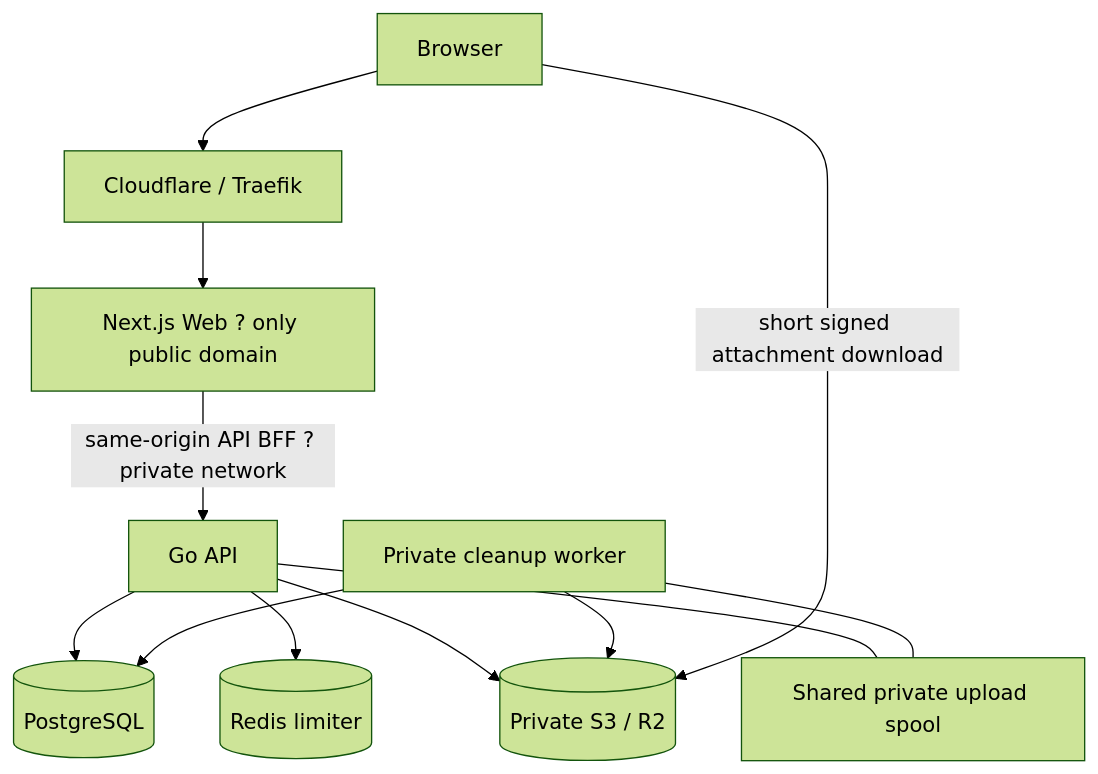
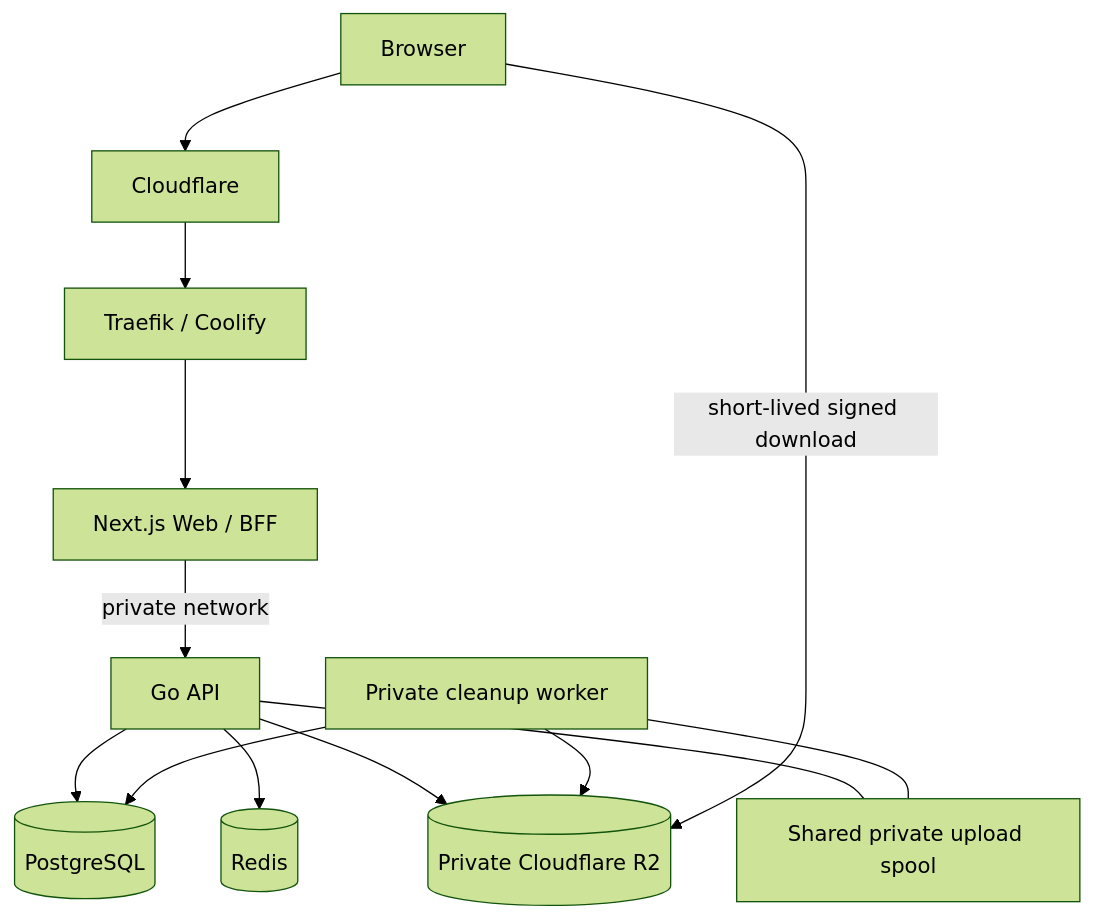
The diagram in README.md (patinen/secureshare), drawn with Mermaid (forest theme) before and after one commit. The commit also changed other lines of this file and 2 other files, not shown here.

````diff
--- a/README.md
+++ b/README.md
@@ -26,14 +27,15 @@
 ```mermaid
 flowchart TD
-    Browser --> Edge[Cloudflare / Traefik]
-    Edge --> Web[Next.js Web ? only public domain]
-    Web -->|same-origin API BFF ? private network| API[Go API]
+    Browser[Browser] --> CF[Cloudflare]
+    CF --> Edge[Traefik / Coolify]
+    Edge --> Web[Next.js Web / BFF]
+    Web -->|private network| API[Go API]
     API --> PG[(PostgreSQL)]
-    API --> Redis[(Redis limiter)]
-    API --> S3[(Private S3 / R2)]
+    API --> Redis[(Redis)]
+    API --> R2[(Private Cloudflare R2)]
+    API --- Spool[Shared private upload spool]
     Worker[Private cleanup worker] --> PG
-    Worker --> S3
-    API --- Spool[Shared private upload spool]
+    Worker --> R2
     Worker --- Spool
-    Browser -->|short signed attachment download| S3
+    Browser -->|short-lived signed download| R2
 ```
````
